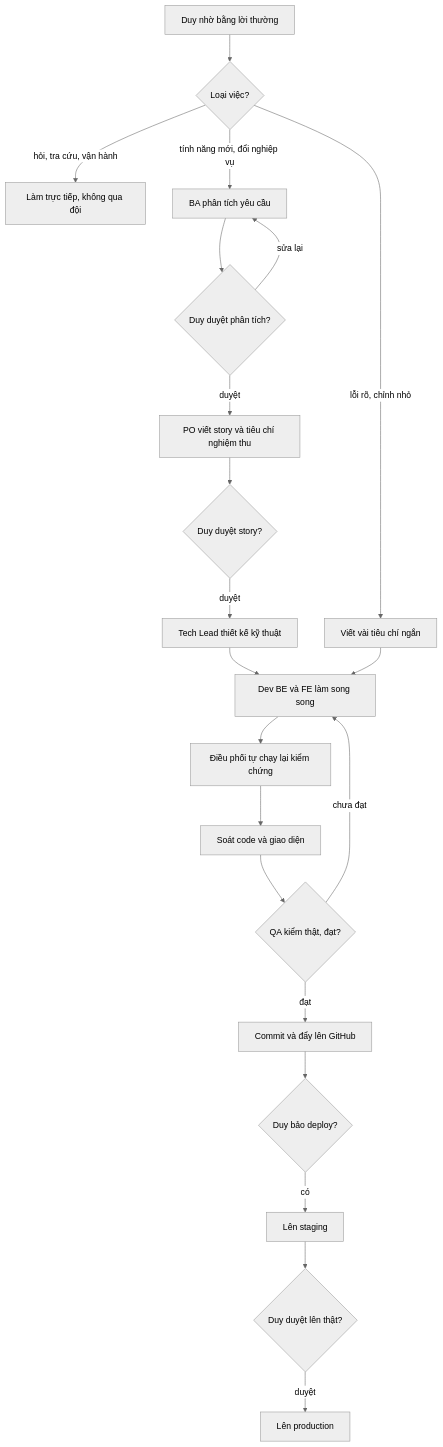
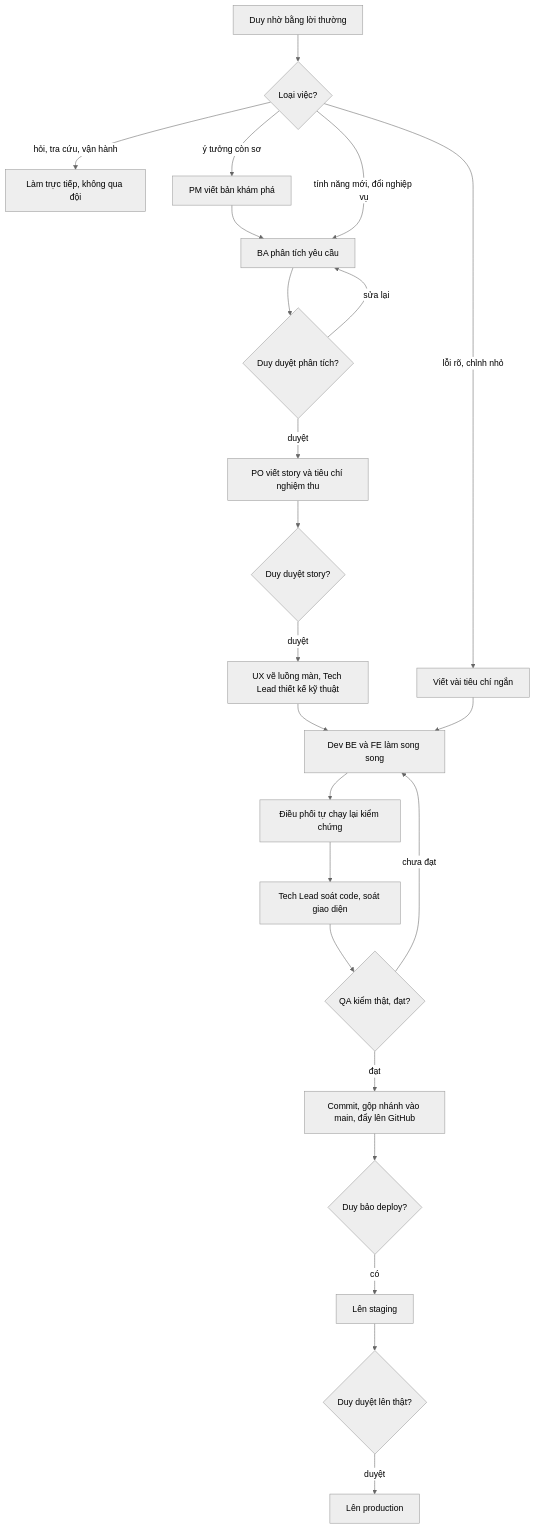
One commit to DuyduyFedev46/fish changed the diagram in doc/he-thong/quy-trinh-doi.md. Above: the diagram before and after it, drawn with Mermaid (neutral theme). The commit also changed other lines of this file and 86 other files, not shown here.

````diff
--- a/doc/he-thong/quy-trinh-doi.md
+++ b/doc/he-thong/quy-trinh-doi.md
@@ -6,23 +6,25 @@
 ```mermaid
 flowchart TD
   Y["Duy nhờ bằng lời thường"] --> L{"Loại việc?"}
   L -- "hỏi, tra cứu, vận hành" --> TT["Làm trực tiếp, không qua đội"]
+  L -- "ý tưởng còn sơ" --> PM["PM viết bản khám phá"]
+  PM --> BA
   L -- "tính năng mới, đổi nghiệp vụ" --> BA["BA phân tích yêu cầu"]
   L -- "lỗi rõ, chỉnh nhỏ" --> AC["Viết vài tiêu chí ngắn"]
   BA --> D1{"Duy duyệt phân tích?"}
   D1 -- "sửa lại" --> BA
   D1 -- "duyệt" --> PO["PO viết story và tiêu chí nghiệm thu"]
   PO --> D2{"Duy duyệt story?"}
-  D2 -- "duyệt" --> TL["Tech Lead thiết kế kỹ thuật"]
+  D2 -- "duyệt" --> TL["UX vẽ luồng màn, Tech Lead thiết kế kỹ thuật"]
   TL --> DEV["Dev BE và FE làm song song"]
   AC --> DEV
   DEV --> KC["Điều phối tự chạy lại kiểm chứng"]
-  KC --> RV["Soát code và giao diện"]
+  KC --> RV["Tech Lead soát code, soát giao diện"]
   RV --> QA{"QA kiểm thật, đạt?"}
   QA -- "chưa đạt" --> DEV
-  QA -- "đạt" --> GIT["Commit và đẩy lên GitHub"]
+  QA -- "đạt" --> GIT["Commit, gộp nhánh vào main, đẩy lên GitHub"]
   GIT --> D3{"Duy bảo deploy?"}
   D3 -- "có" --> STG["Lên staging"]
   STG --> D4{"Duy duyệt lên thật?"}
   D4 -- "duyệt" --> PRD["Lên production"]
 ```
````
